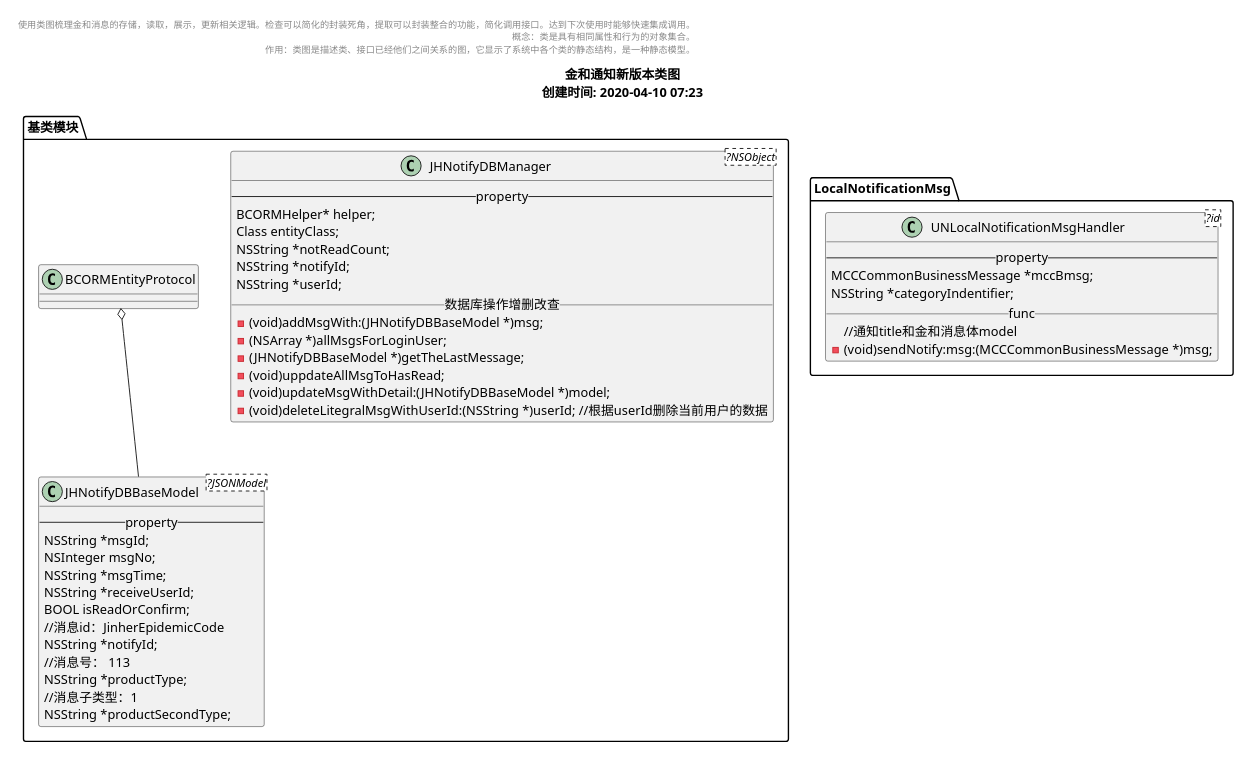
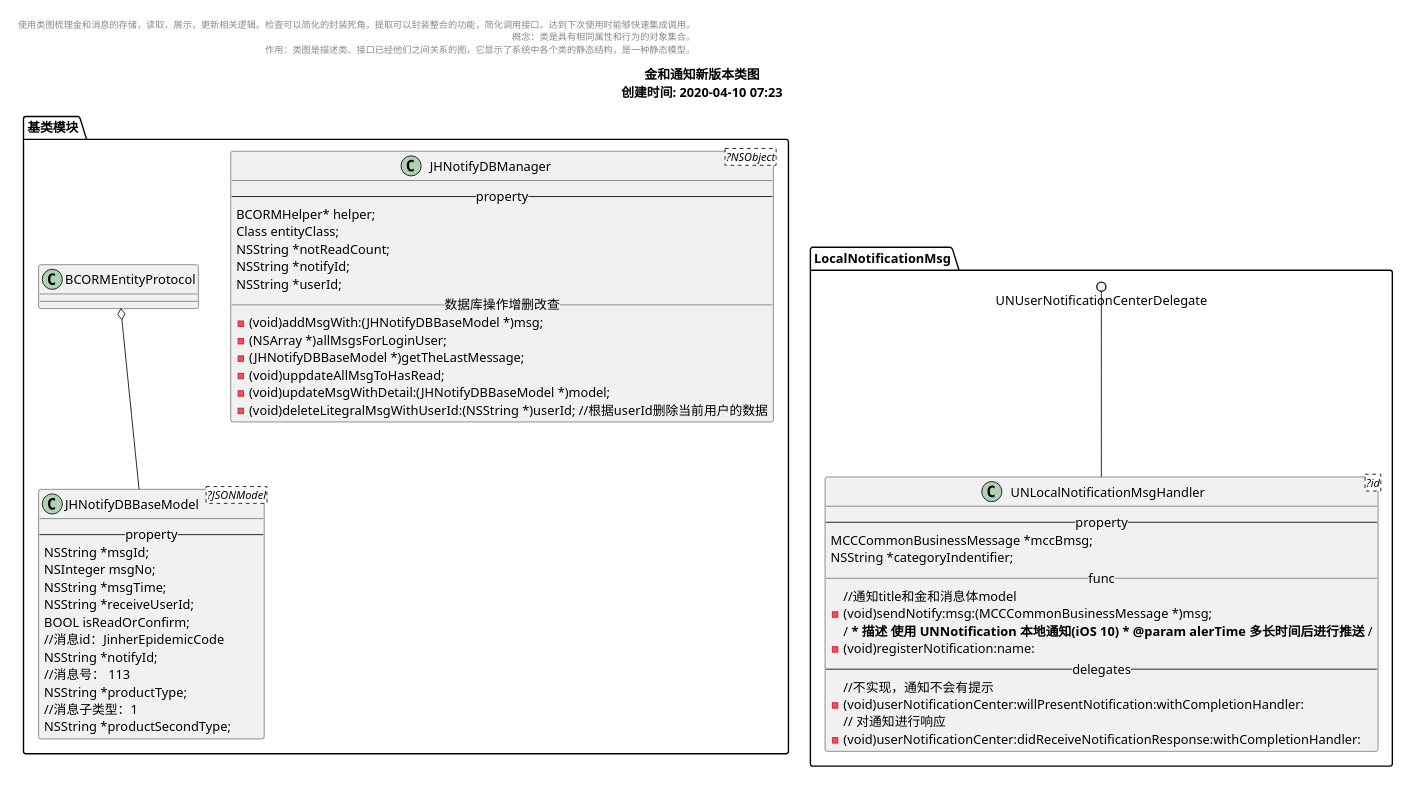
Before and after one commit to iT-Boyer/iDocs: the diagram in uml/jhnotify/notify-cls.plantuml, drawn with PlantUML.

Commit message:
功能点：更新通知UML 问题：

```diff
--- a/uml/jhnotify/notify-cls.plantuml
+++ b/uml/jhnotify/notify-cls.plantuml
@@ -1,62 +1,69 @@
 @startuml
 scale 0.5
 page 1x1
 title
         金和通知新版本类图
         创建时间: 2020-04-10 07:23
         endtitle
         left header
                 使用类图梳理金和消息的存储，读取，展示，更新相关逻辑。检查可以简化的封装死角，提取可以封装整合的功能，简化调用接口。达到下次使用时能够快速集成调用。
                 概念：类是具有相同属性和行为的对象集合。
                 作用：类图是描述类、接口已经他们之间关系的图，它显示了系统中各个类的静态结构，是一种静态模型。
         endheader
 
         'type:package，node，folder，frame，cloud，database
         folder "基类模块" as base{
                 class "JHNotifyDBManager" as baseDao <?NSObject> {
                         -- property --
                         BCORMHelper* helper;
                         Class entityClass;
                         NSString *notReadCount;
                         NSString *notifyId;
                         NSString *userId;
                         __数据库操作增删改查__
                         - (void)addMsgWith:(JHNotifyDBBaseModel *)msg;
                         - (NSArray *)allMsgsForLoginUser;
                         - (JHNotifyDBBaseModel *)getTheLastMessage;
                         - (void)uppdateAllMsgToHasRead;
                         - (void)updateMsgWithDetail:(JHNotifyDBBaseModel *)model;
                         - (void)deleteLitegralMsgWithUserId:(NSString *)userId; //根据userId删除当前用户的数据
                 }
                 class "JHNotifyDBBaseModel" as 消息体基类 <?JSONModel> {
                         -- property --
                         NSString *msgId;
                         NSInteger msgNo;
                         NSString *msgTime;
                         NSString *receiveUserId;
                         BOOL isReadOrConfirm;
                         //消息id：JinherEpidemicCode
                         NSString *notifyId;
                         //消息号： 113
                         NSString *productType;
                         //消息子类型：1
                         NSString *productSecondType;
                 }
                 BCORMEntityProtocol o-- 消息体基类
 
         }
 
 
         'type:package，node，folder，frame，cloud，database
         folder "LocalNotificationMsg" as localNotify{
                 class "UNLocalNotificationMsgHandler" as umlocal <?id> {
                         -- property --
                         MCCCommonBusinessMessage *mccBmsg;
                         NSString *categoryIndentifier;
                         __func__
                         //通知title和金和消息体model
                         -(void)sendNotify:msg:(MCCCommonBusinessMessage *)msg;
+                        /** * 描述 使用 UNNotification 本地通知(iOS 10) * @param alerTime 多长时间后进行推送 **/
+                        -(void)registerNotification:name:
+                        -- delegates --
+                        //不实现，通知不会有提示
+                        - (void)userNotificationCenter:willPresentNotification:withCompletionHandler:
+                        // 对通知进行响应
+                        - (void)userNotificationCenter:didReceiveNotificationResponse:withCompletionHandler:
                 }
-
+                UNUserNotificationCenterDelegate ()-- umlocal
         }
         @enduml
```
